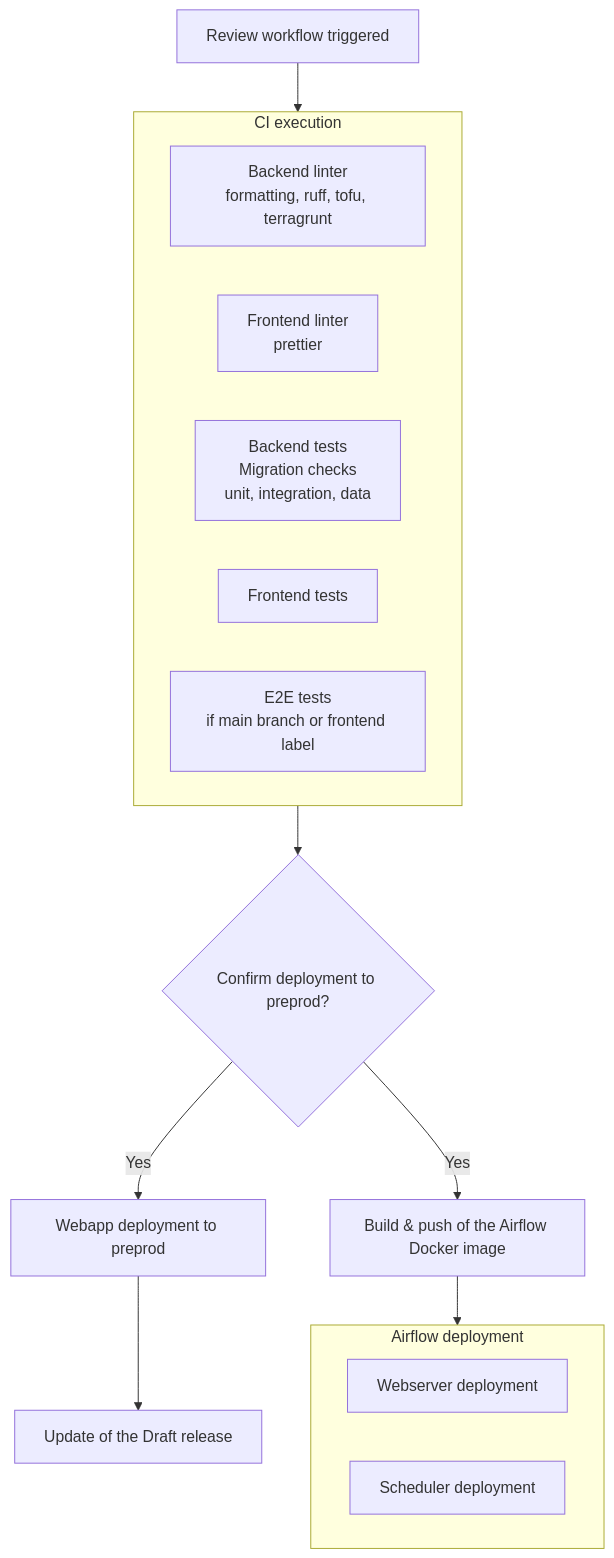
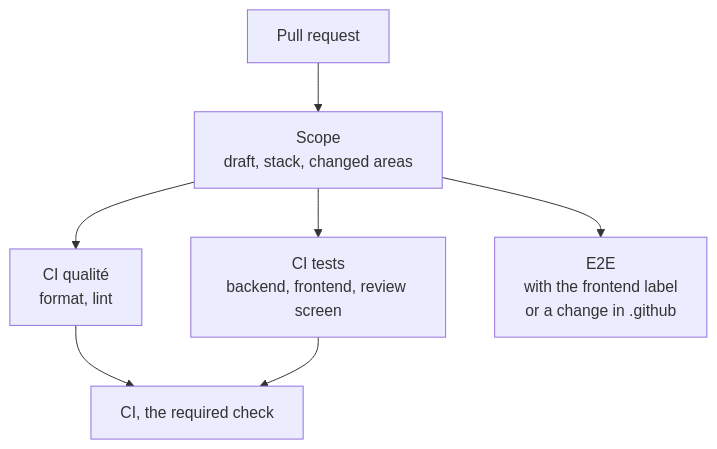
Before and after one commit to incubateur-ademe/quefairedemesobjets: the first of 3 diagrams in docs/reference/infrastructure/ci-cd.md, drawn with Mermaid. The commit also changed other lines of this file and 9 other files, not shown here.

````diff
--- a/docs/reference/infrastructure/ci-cd.md
+++ b/docs/reference/infrastructure/ci-cd.md
@@ -39,24 +41,9 @@
 ```mermaid
 graph TD
-    B[Review workflow triggered] --> C
-
-    subgraph C["CI execution"]
-        C1[Backend linter<br/>formatting, ruff, tofu, terragrunt]
-        C2[Frontend linter<br/>prettier]
-        C3["Backend tests<br/>Migration checks<br/>unit, integration, data"]
-        C4[Frontend tests]
-        C5[E2E tests<br/>if main branch or frontend label]
-
-    end
-
-    subgraph E[Airflow deployment]
-        E1[Webserver deployment]
-        E2[Scheduler deployment]
-    end
-
-    C --> D{Confirm deployment to preprod?}
-    D -->|Yes| F[Webapp deployment to preprod]
-    D -->|Yes| G[Build & push of the Airflow Docker image]
-    G --> E[Deployment of Airflow on Scaleway]
-    F --> H[Update of the Draft release]
+    A[Pull request] --> B[Scope<br/>draft, stack, changed areas]
+    B --> C[CI qualité<br/>format, lint]
+    B --> D[CI tests<br/>backend, frontend, review screen]
+    B --> E[E2E<br/>with the frontend label<br/>or a change in .github]
+    C --> G[CI, the required check]
+    D --> G
 ```
````
